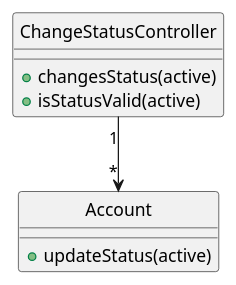
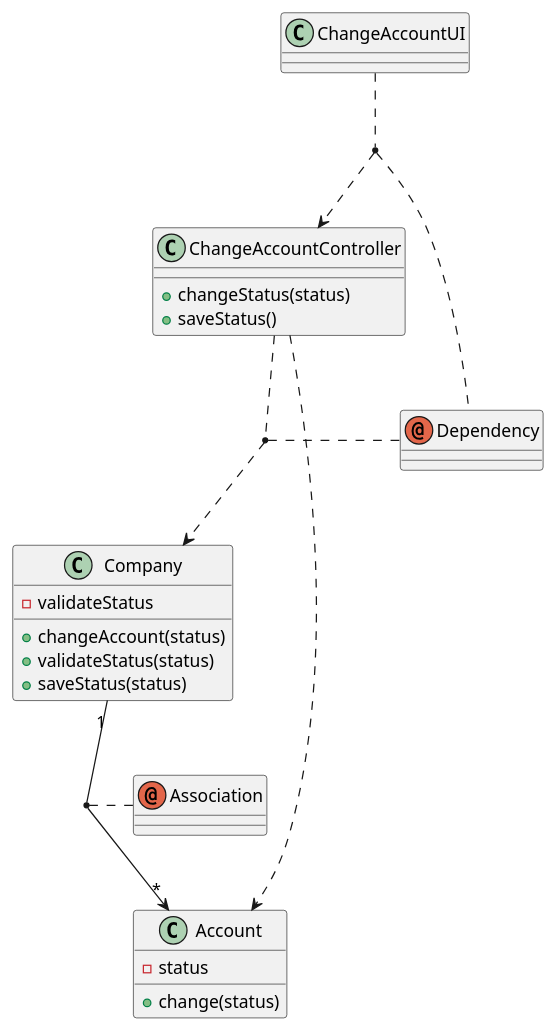
One commit to Loracline/project_switch_22-23 changed the diagram in docs/modelling_design/user_stories/us006/US006_Class_Diagram.puml. Above: the diagram before and after it, drawn with PlantUML. The commit also changed 2 other files, not shown here.

Commit message:
US 006: Design: update class Diagram / update SSD

```diff
--- a/docs/modelling_design/user_stories/us006/US006_Class_Diagram.puml
+++ b/docs/modelling_design/user_stories/us006/US006_Class_Diagram.puml
@@ -1,24 +1,37 @@
 @startuml
 'https://plantuml.com/class-diagram
 
-class Account
-class ChangeStatusController
-hide ChangeStatusController circle
-hide Account circle
+class "ChangeAccountUI"
+class "ChangeAccountController"
+class "Company"
+class "Account"
+annotation "Dependency"
+annotation "Association"
+
+"ChangeAccountUI" ..> ChangeAccountController
+"ChangeAccountController"  ..> "Company"
+"ChangeAccountController" ..> "Account"
+"Company" "1" -->"*" "Account"
+
+("ChangeAccountUI", "ChangeAccountController") . "Dependency"
+("Company", "ChangeAccountController") . "Dependency"
+("Company", "Account") . "Association"
 
 
-
-ChangeStatusController "1" -->"*"Account
-
-
-class ChangeStatusController{
-+changesStatus(active)
-+isStatusValid(active)
+class "Company"{
++changeAccount(status)
++validateStatus(status)
++saveStatus(status)
+-validateStatus
 }
-class Account{
-
-+ updateStatus(active)
+class "ChangeAccountController"{
++changeStatus(status)
++saveStatus()
 }
 
+class Account{
++ change(status)
+-status
+}
 
 @enduml
```
